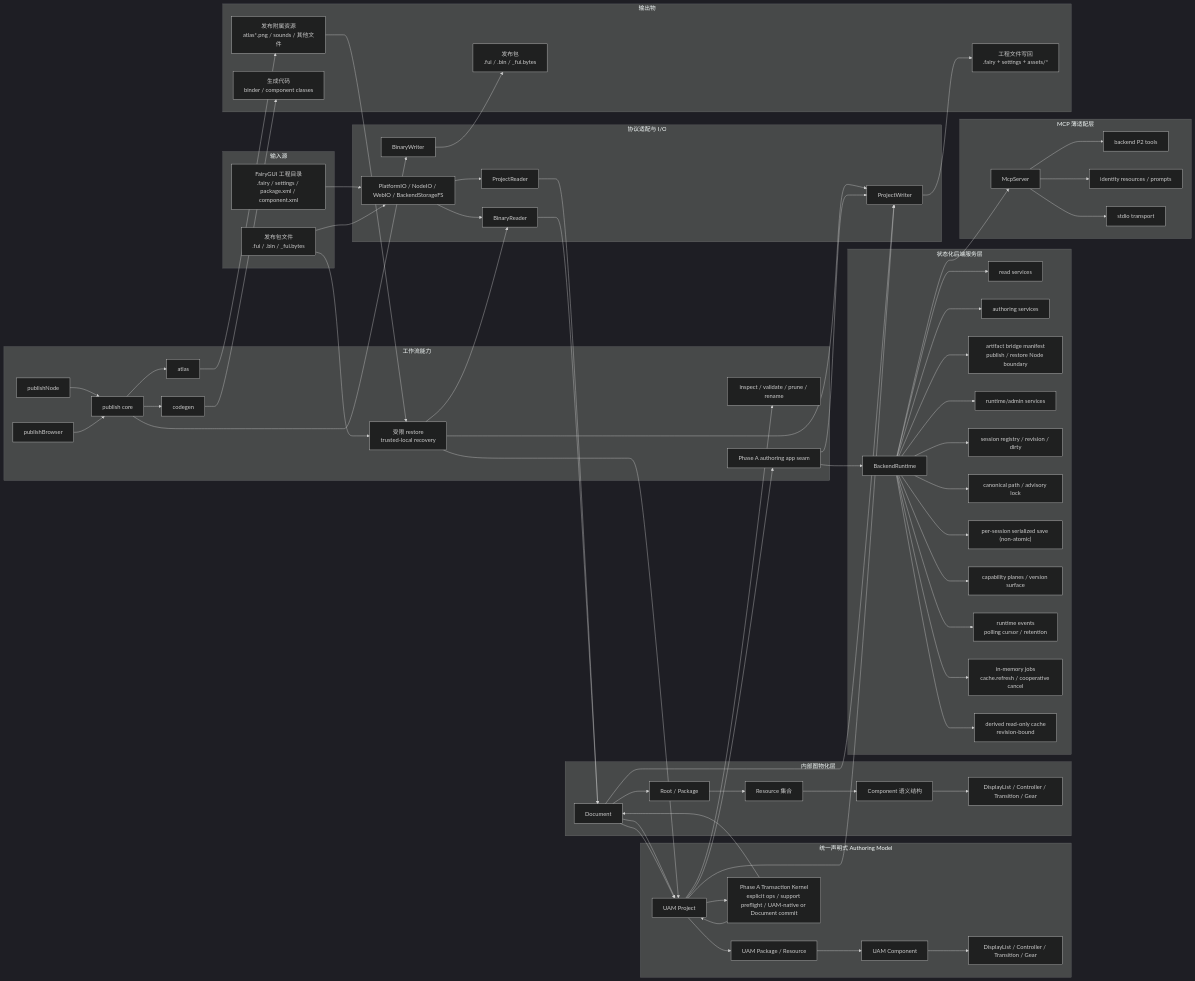
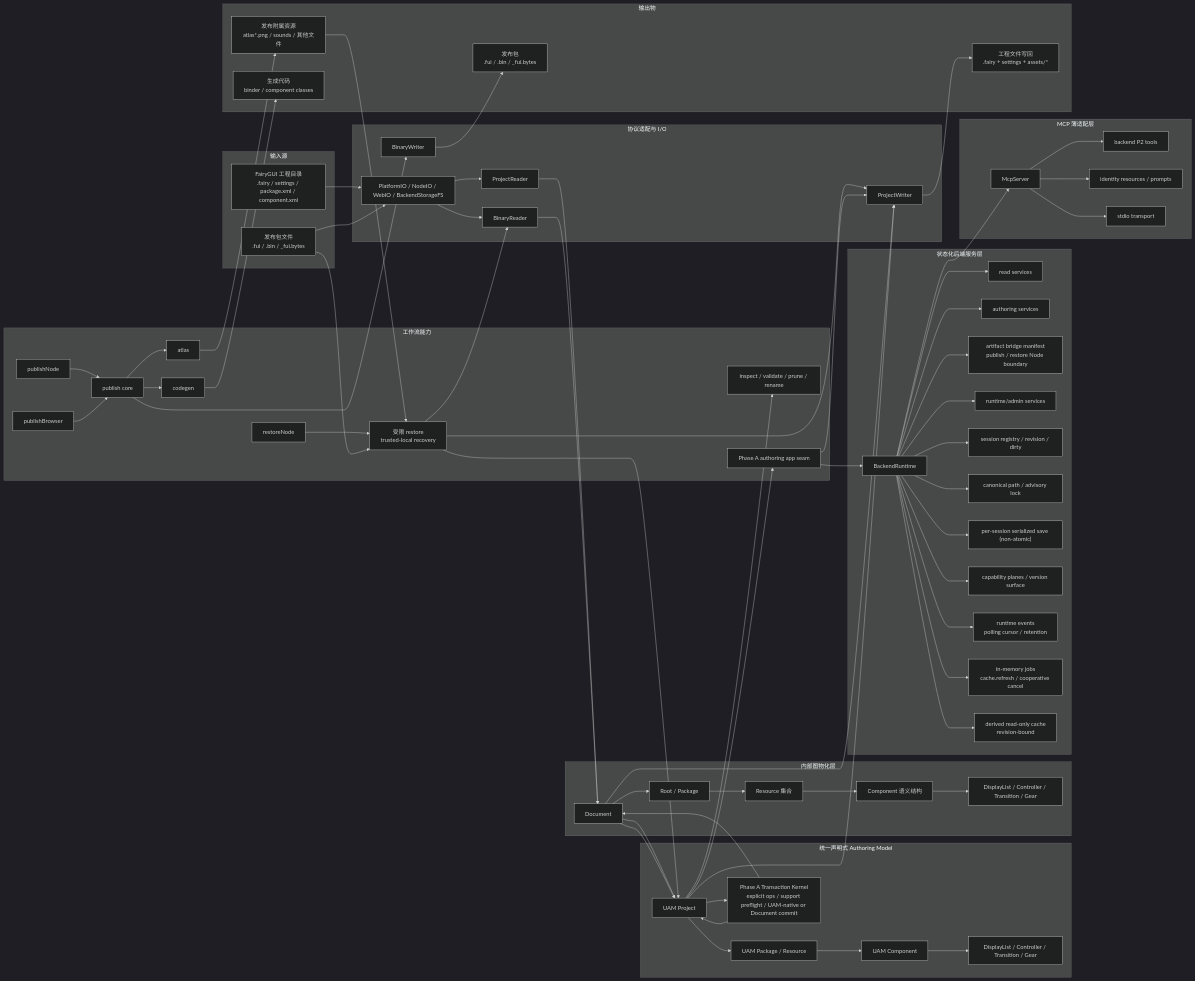
One commit to OpenFairyGUI/OpenFairyGUI changed the first of 2 diagrams in docs/architecture-overview.md. Above: the diagram before and after it, drawn with Mermaid (dark theme). The commit also changed other lines of this file and 28 other files, not shown here.

```diff
--- a/docs/architecture-overview.md
+++ b/docs/architecture-overview.md
@@ -47,10 +47,12 @@
         PUBNODE["publishNode"]
         PUBWEB["publishBrowser"]
         RST["受限 restore<br/>trusted-local recovery"]
+        RSTNODE["restoreNode"]
         ATLAS["atlas"]
         CG["codegen"]
         PUBNODE --> PUB
         PUBWEB --> PUB
+        RSTNODE --> RST
     end
 
     subgraph BE["状态化后端服务层"]
```
